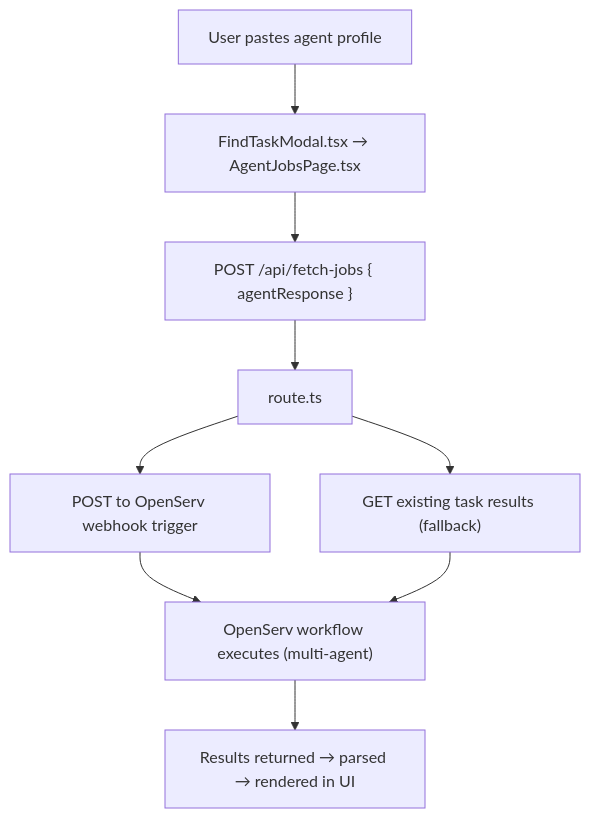
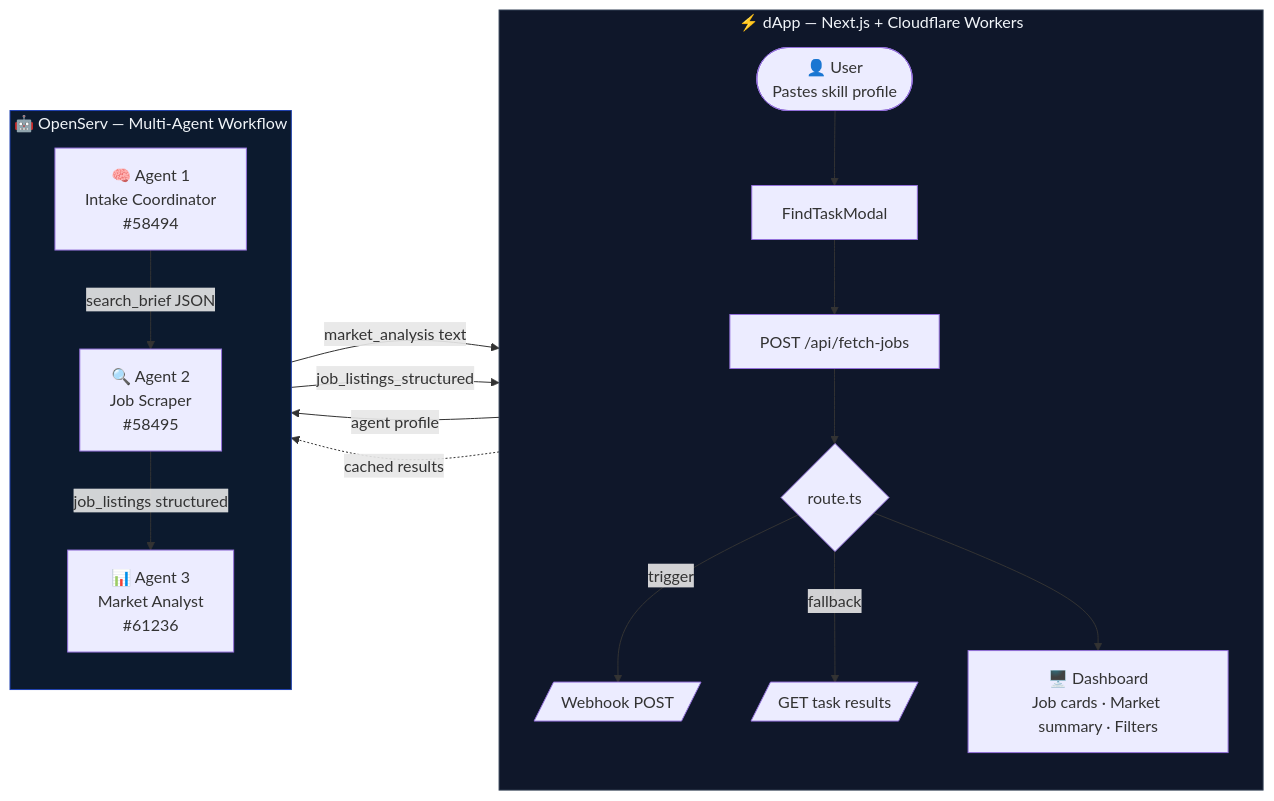
The diagram in README.md (leo-assistant-chef/agent-jobs-dashboard), drawn with Mermaid before and after one commit.

Commit message:
docs: improve Mermaid diagram — two environments (dApp vs OpenServ), circular flow

````diff
--- a/README.md
+++ b/README.md
@@ -180,20 +180,30 @@
 ```mermaid
-flowchart TD
-    A[User pastes agent profile]
-    B[FindTaskModal.tsx → AgentJobsPage.tsx]
-    C["POST /api/fetch-jobs { agentResponse }"]
-    D[route.ts]
-    E[POST to OpenServ webhook trigger]
-    F["GET existing task results (fallback)"]
-    G["OpenServ workflow executes (multi-agent)"]
-    H["Results returned → parsed → rendered in UI"]
+flowchart LR
+    subgraph dApp ["⚡ dApp — Next.js + Cloudflare Workers"]
+        direction TB
+        A([👤 User\nPastes skill profile]) --> B[FindTaskModal]
+        B --> C["POST /api/fetch-jobs"]
+        C --> D{route.ts}
+        D -->|trigger| E[/Webhook POST/]
+        D -->|fallback| F[/GET task results/]
+        R["🖥️ Dashboard\nJob cards · Market summary · Filters"]
+    end
 
-    A --> B
-    B --> C
-    C --> D
-    D --> E
-    D --> F
-    E --> G
-    F --> G
-    G --> H
+    subgraph OpenServ ["🤖 OpenServ — Multi-Agent Workflow"]
+        direction TB
+        G["🧠 Agent 1\nIntake Coordinator\n#58494"]
+        H["🔍 Agent 2\nJob Scraper\n#58495"]
+        I["📊 Agent 3\nMarket Analyst\n#61236"]
+        G -->|search_brief JSON| H
+        H -->|job_listings structured| I
+    end
+
+    E -->|agent profile| G
+    F -.->|cached results| G
+    I -->|market_analysis text| D
+    H -->|job_listings_structured| D
+    D --> R
+
+    style dApp fill:#0f172a,stroke:#334155,color:#f1f5f9
+    style OpenServ fill:#0c1a2e,stroke:#1e40af,color:#f1f5f9
 ```
````
